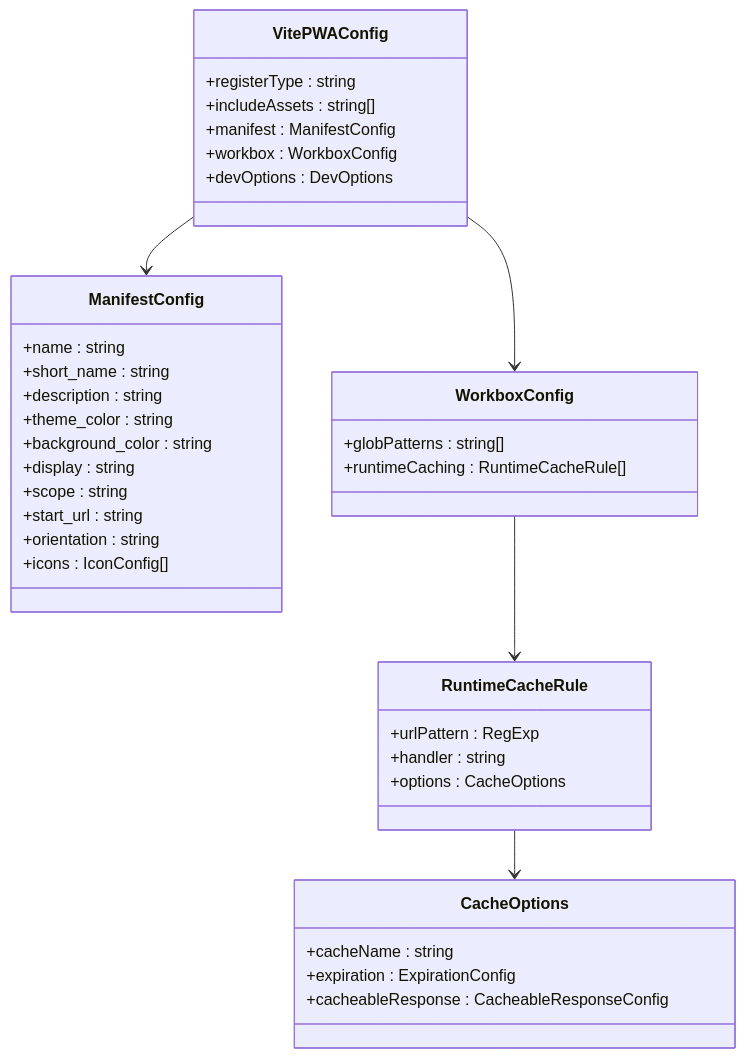
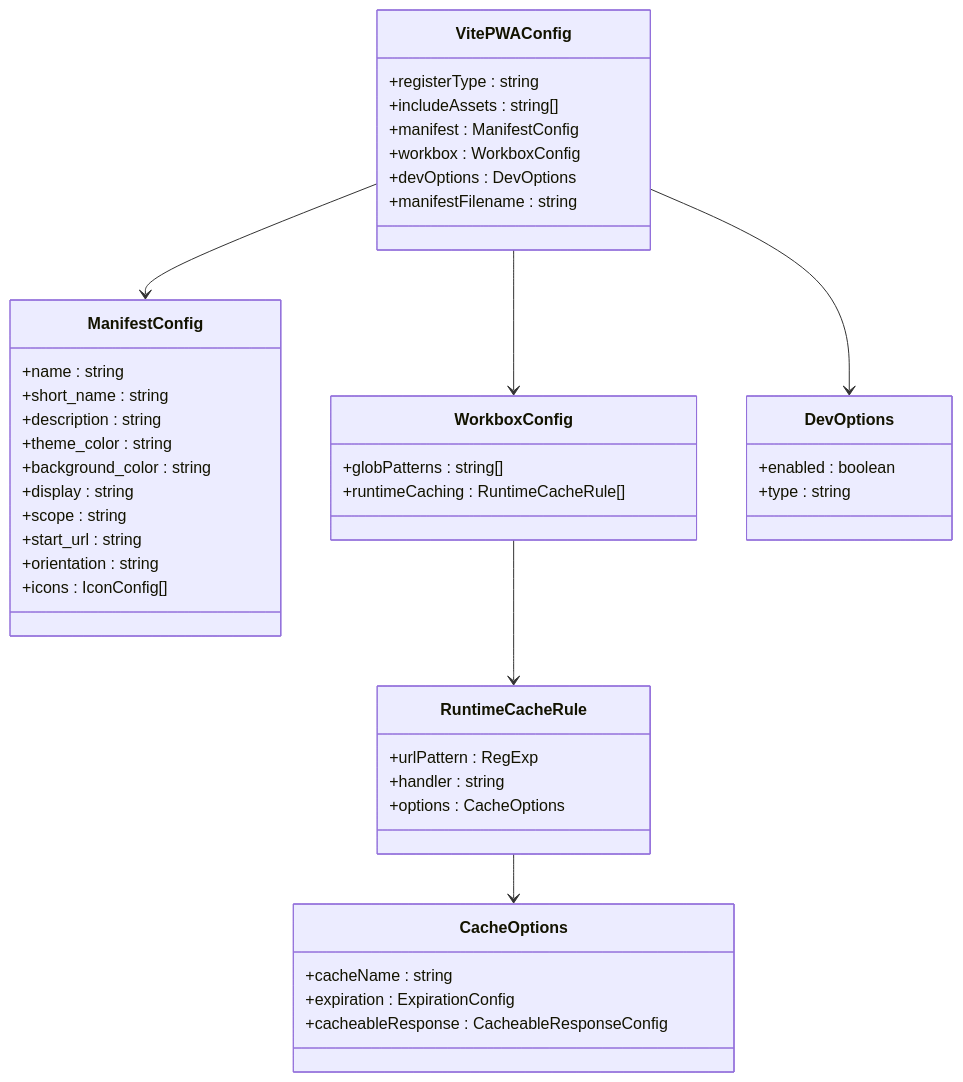
The fourth of 6 diagrams in .qoder/repowiki/zh/content/核心系统/PWA支持系统.md (giserman001/vue3-vant4-mobile), drawn with Mermaid before and after one commit. The commit also changed other lines of this file and 10 other files, not shown here.

````diff
--- a/.qoder/repowiki/zh/content/核心系统/PWA支持系统.md
+++ b/.qoder/repowiki/zh/content/核心系统/PWA支持系统.md
@@ -174,40 +187,46 @@
 ```mermaid
 classDiagram
 class VitePWAConfig {
 +registerType : string
 +includeAssets : string[]
 +manifest : ManifestConfig
 +workbox : WorkboxConfig
 +devOptions : DevOptions
++manifestFilename : string
 }
 class ManifestConfig {
 +name : string
 +short_name : string
 +description : string
 +theme_color : string
 +background_color : string
 +display : string
 +scope : string
 +start_url : string
 +orientation : string
 +icons : IconConfig[]
 }
 class WorkboxConfig {
 +globPatterns : string[]
 +runtimeCaching : RuntimeCacheRule[]
 }
 class RuntimeCacheRule {
 +urlPattern : RegExp
 +handler : string
 +options : CacheOptions
 }
 class CacheOptions {
 +cacheName : string
 +expiration : ExpirationConfig
 +cacheableResponse : CacheableResponseConfig
 }
+class DevOptions {
++enabled : boolean
++type : string
+}
 VitePWAConfig --> ManifestConfig
 VitePWAConfig --> WorkboxConfig
+VitePWAConfig --> DevOptions
 WorkboxConfig --> RuntimeCacheRule
 RuntimeCacheRule --> CacheOptions
 ```
````
